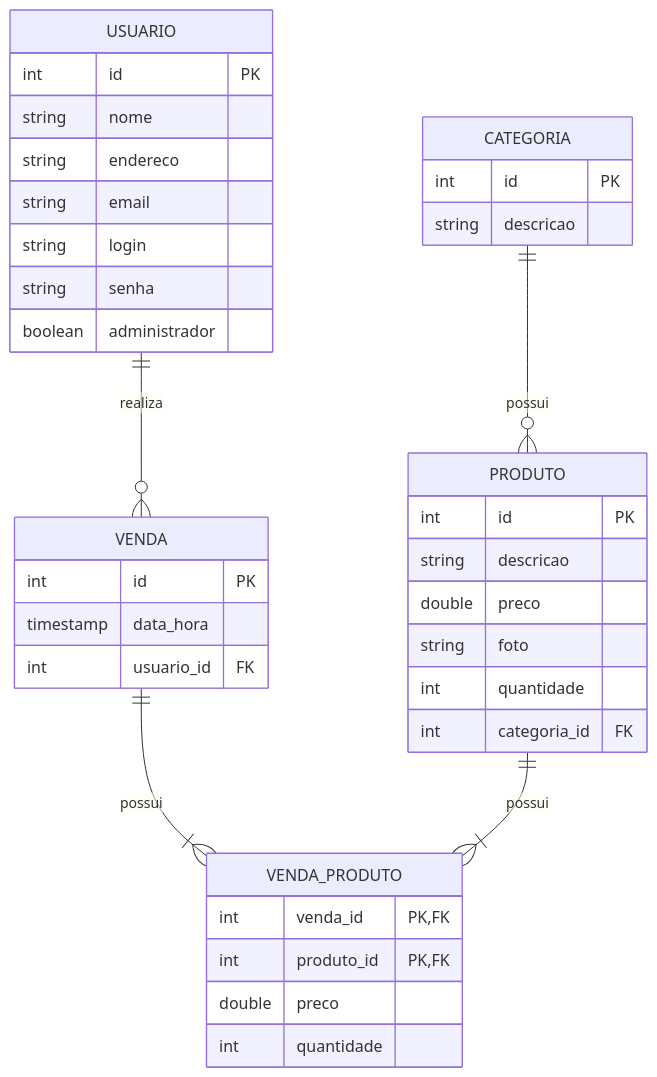
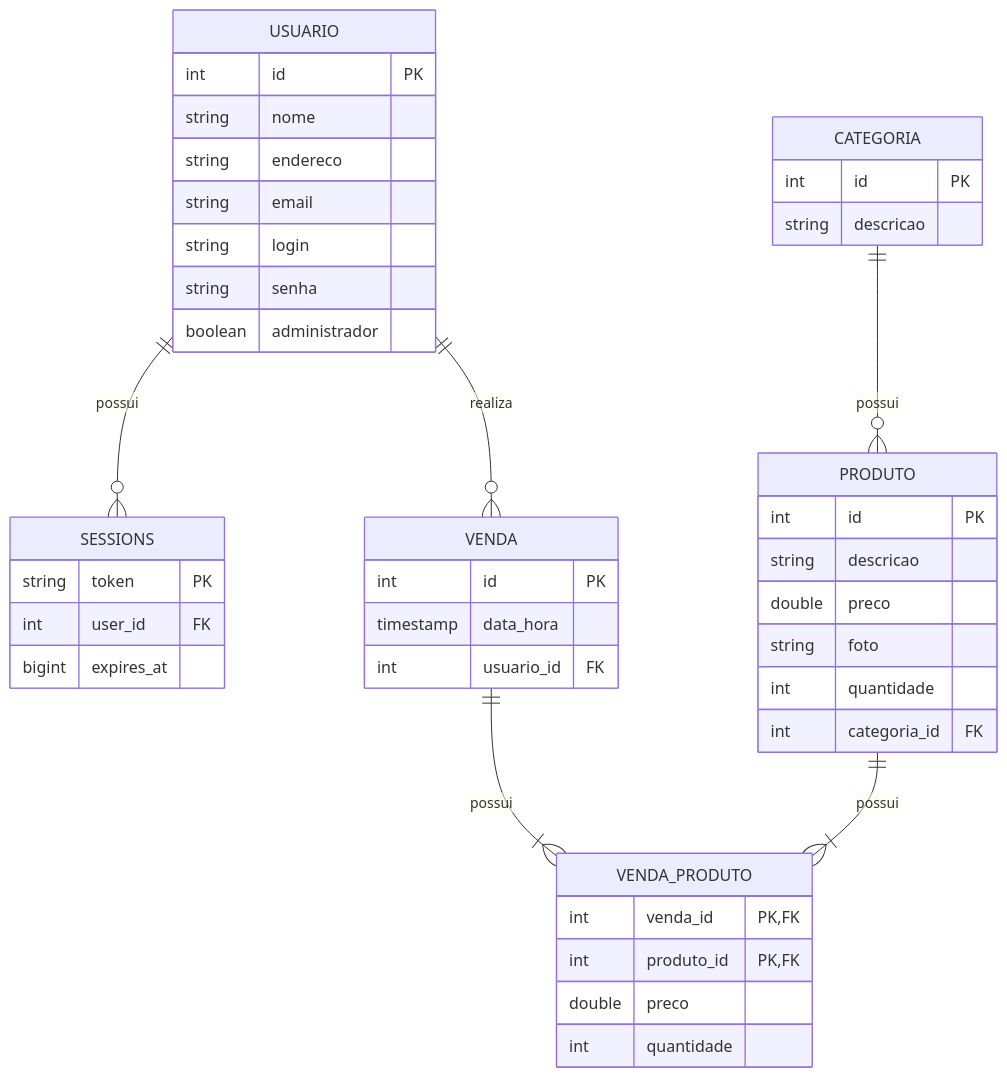
Before and after one commit to FelipeGabriel05/e-comerce: the diagram in README.md, drawn with Mermaid. The commit also changed 1 other file, not shown here.

Commit message:
📝 add the `Sessions` table into MER

````diff
--- a/README.md
+++ b/README.md
@@ -69,44 +69,51 @@
 ```mermaid
 erDiagram
     USUARIO {
         int id PK
         string nome
         string endereco
         string email
         string login
         string senha
         boolean administrador
     }
 
     CATEGORIA {
         int id PK
         string descricao
     }
 
     PRODUTO {
         int id PK
         string descricao
         double preco
         string foto
         int quantidade
         int categoria_id FK
     }
 
     VENDA {
         int id PK
         timestamp data_hora
         int usuario_id FK
     }
 
     VENDA_PRODUTO {
         int venda_id PK, FK
         int produto_id PK, FK
         double preco
         int quantidade
     }
 
+    SESSIONS {
+        string token PK
+        int user_id FK
+        bigint expires_at
+    }
+
+    USUARIO ||--o{ SESSIONS : "possui"
     USUARIO ||--o{ VENDA : "realiza"
     CATEGORIA ||--o{ PRODUTO : "possui"
     VENDA ||--|{ VENDA_PRODUTO : "possui"
     PRODUTO ||--|{ VENDA_PRODUTO : "possui"
 ```
````
